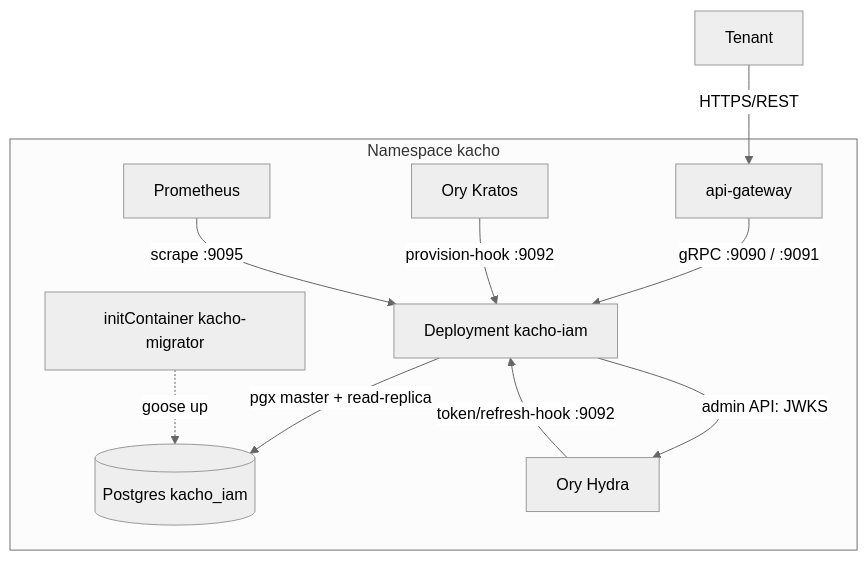
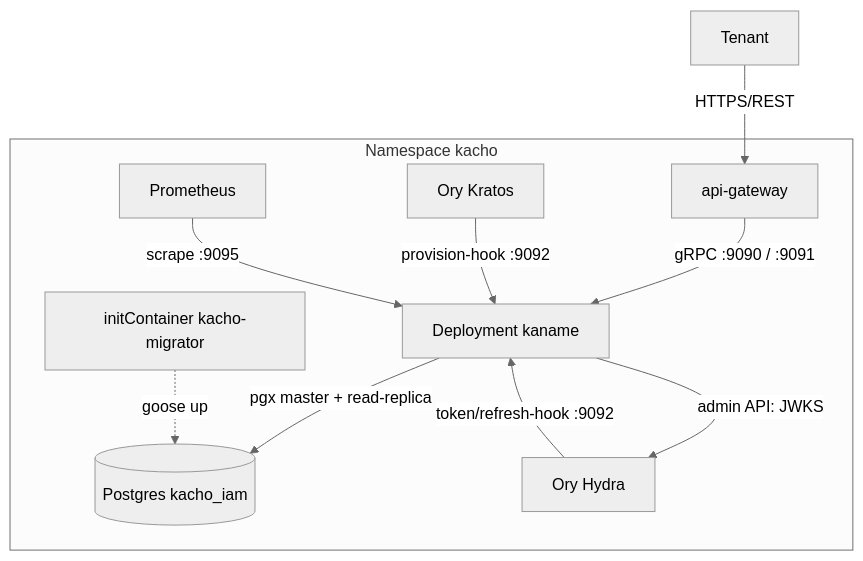
The first of 2 diagrams in services/iam/docs/engineering/components/31-deployment.md (PRO-Robotech/kacho), drawn with Mermaid (neutral theme) before and after one commit. The commit also changed other lines of this file and 1011 other files, not shown here.

````diff
--- a/services/iam/docs/engineering/components/31-deployment.md
+++ b/services/iam/docs/engineering/components/31-deployment.md
@@ -100,13 +100,13 @@
 ```mermaid
 flowchart TB
     Tenant -- HTTPS/REST --> APIGW[api-gateway]
     subgraph KachoNS[Namespace kacho]
-        APIGW -- gRPC :9090 / :9091 --> IAM[Deployment kacho-iam]
+        APIGW -- gRPC :9090 / :9091 --> IAM[Deployment kaname]
         IAM -- pgx master + read-replica --> PG[(Postgres kacho_iam)]
         Kratos[Ory Kratos] -- provision-hook :9092 --> IAM
         Hydra[Ory Hydra] -- token/refresh-hook :9092 --> IAM
         IAM -- admin API: JWKS --> Hydra
         Migrate[initContainer kacho-migrator] -. goose up .-> PG
         Prom[Prometheus] -- scrape :9095 --> IAM
     end
 ```
````
